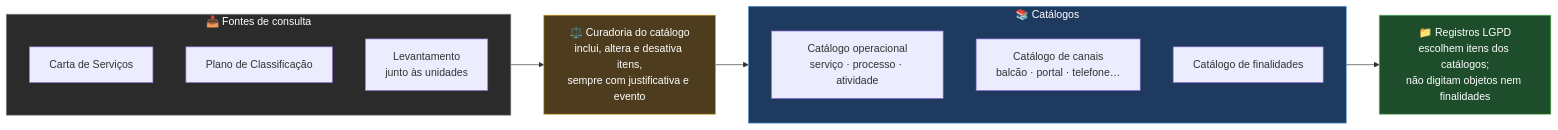
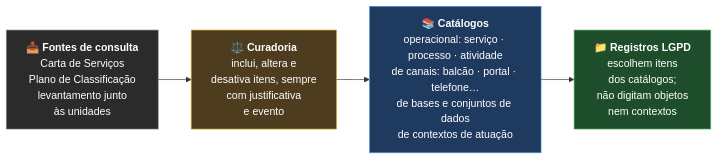
One commit to ailtonfv/governanca-lgpd-hortolandia changed the sixth of 11 diagrams in README.md. Above: the diagram before and after it, drawn with Mermaid. The commit also changed other lines of this file and 1 other file, not shown here.

````diff
--- a/README.md
+++ b/README.md
@@ -134,20 +155,13 @@
 ```mermaid
+%% wide
 flowchart LR
-    subgraph FON["📥 Fontes de consulta"]
-        F1["Carta de Serviços"]
-        F2["Plano de Classificação"]
-        F3["Levantamento<br/>junto às unidades"]
-    end
-    CUR["⚖️ Curadoria do catálogo<br/>inclui, altera e desativa itens,<br/>sempre com justificativa e evento"]
-    subgraph CAT["📚 Catálogos"]
-        C1["Catálogo operacional<br/>serviço · processo · atividade"]
-        C3["Catálogo de canais<br/>balcão · portal · telefone…"]
-        C2["Catálogo de finalidades"]
-    end
-    REG["📁 Registros LGPD<br/>escolhem itens dos catálogos;<br/>não digitam objetos nem finalidades"]
+    FON["📥 <b>Fontes de consulta</b><br/>Carta de Serviços<br/>Plano de Classificação<br/>levantamento junto<br/>às unidades"]
+    CUR["⚖️ <b>Curadoria</b><br/>inclui, altera e<br/>desativa itens, sempre<br/>com justificativa<br/>e evento"]
+    CAT["📚 <b>Catálogos</b><br/>operacional: serviço · processo · atividade<br/>de canais: balcão · portal · telefone…<br/>de bases e conjuntos de dados<br/>de contextos de atuação"]
+    REG["📁 <b>Registros LGPD</b><br/>escolhem itens<br/>dos catálogos;<br/>não digitam objetos<br/>nem contextos"]
     FON --> CUR --> CAT --> REG
     style CUR fill:#4d3d1e,stroke:#d4a017,color:#fff
     style CAT fill:#1e3a5f,stroke:#5b9bd5,color:#fff
     style REG fill:#1e4d2b,stroke:#5cb85c,color:#fff
     style FON fill:#2b2b2b,stroke:#888,color:#fff
 ```
````
